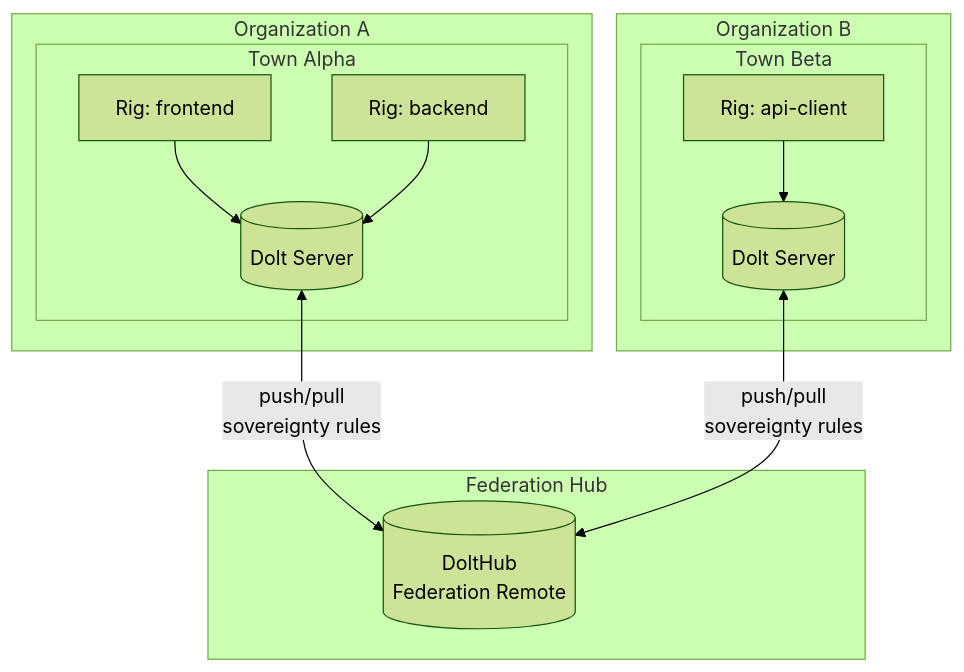
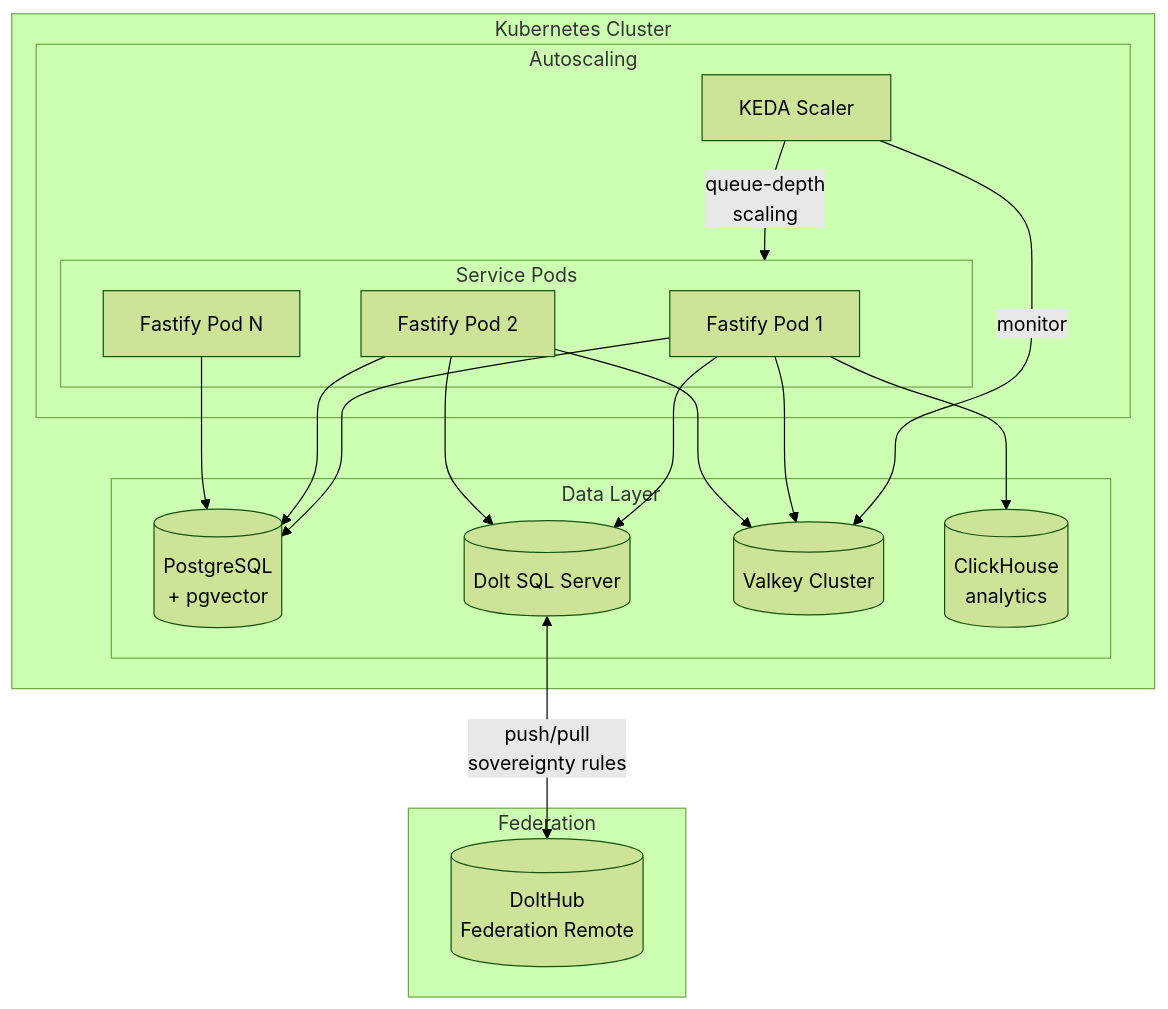
The fourth of 4 diagrams in plans/the-future/spec/03-system-architecture.md (ivy00johns/AllTheSkillsAlTheAgents), drawn with Mermaid (forest theme) before and after one commit. The commit also changed other lines of this file and 6 other files, not shown here.

First line of the commit message:
feat: add API/UI layer specs, update architecture for service-hosted

````diff
--- a/plans/the-future/spec/03-system-architecture.md
+++ b/plans/the-future/spec/03-system-architecture.md
@@ -906,27 +1070,38 @@
 ```mermaid
 graph TB
-    subgraph Org1["Organization A"]
-        subgraph Town1["Town Alpha"]
-            T1Dolt[(Dolt Server)]
-            T1Rig1["Rig: frontend"]
-            T1Rig2["Rig: backend"]
-            T1Rig1 --> T1Dolt
-            T1Rig2 --> T1Dolt
+    subgraph K8s["Kubernetes Cluster"]
+        subgraph Services["Service Pods"]
+            F1["Fastify Pod 1"]
+            F2["Fastify Pod 2"]
+            Fn["Fastify Pod N"]
         end
+
+        subgraph Data["Data Layer"]
+            PG[(PostgreSQL<br/>+ pgvector)]
+            Dolt[(Dolt SQL Server)]
+            Valkey[(Valkey Cluster)]
+            CH[(ClickHouse<br/>analytics)]
+        end
+
+        subgraph Scaling["Autoscaling"]
+            KEDA[KEDA Scaler]
+            KEDA -->|"queue-depth<br/>scaling"| Services
+            KEDA -->|monitor| Valkey
+        end
+
+        F1 --> PG
+        F1 --> Dolt
+        F1 --> Valkey
+        F1 --> CH
+        F2 --> PG
+        F2 --> Dolt
+        F2 --> Valkey
+        Fn --> PG
     end
 
-    subgraph Org2["Organization B"]
-        subgraph Town2["Town Beta"]
-            T2Dolt[(Dolt Server)]
-            T2Rig1["Rig: api-client"]
-            T2Rig1 --> T2Dolt
-        end
-    end
-
-    subgraph Hub["Federation Hub"]
+    subgraph Federation["Federation"]
         DH[(DoltHub<br/>Federation Remote)]
     end
 
-    T1Dolt <-->|"push/pull<br/>sovereignty rules"| DH
-    T2Dolt <-->|"push/pull<br/>sovereignty rules"| DH
+    Dolt <-->|"push/pull<br/>sovereignty rules"| DH
 ```
````
